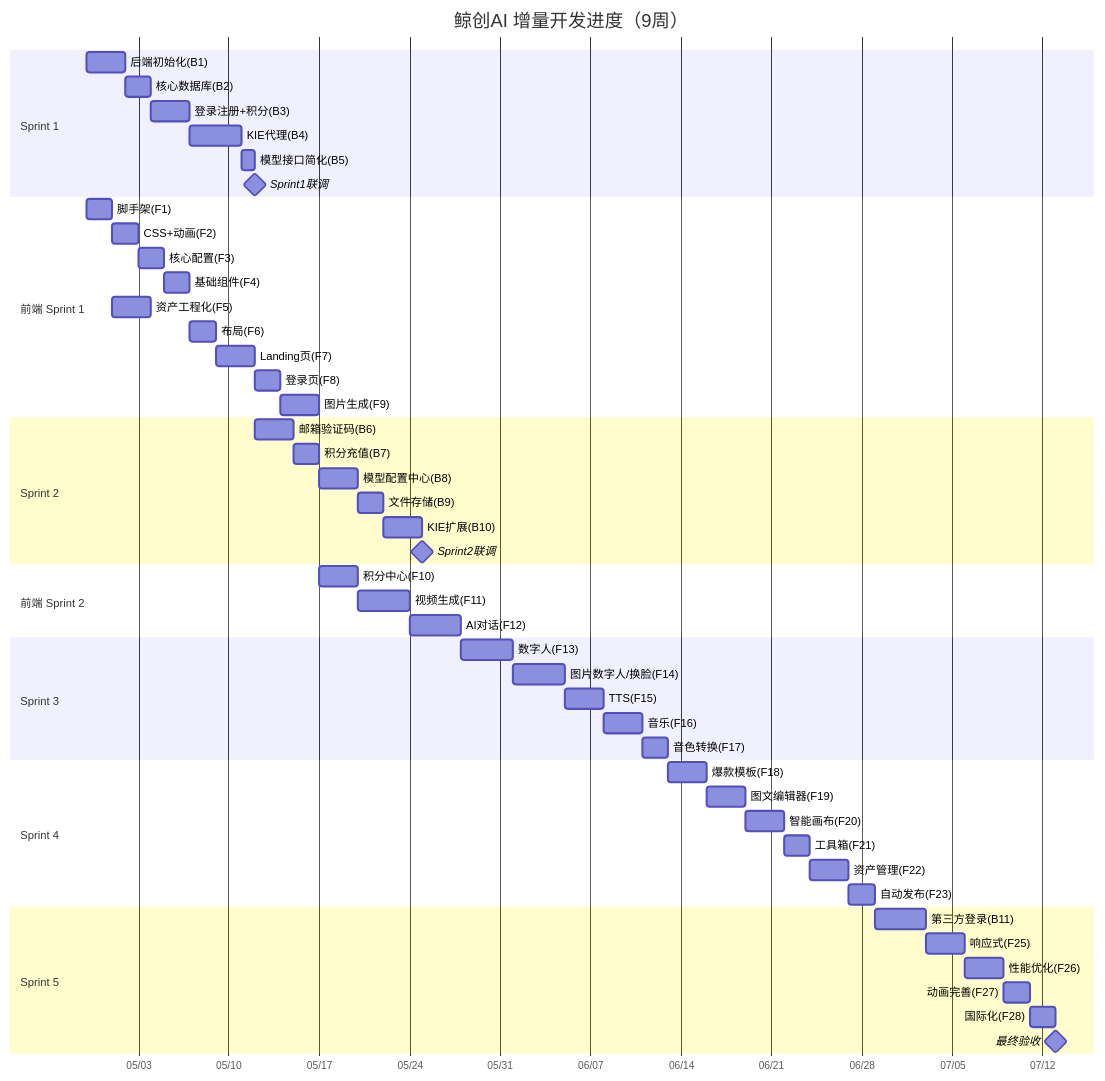
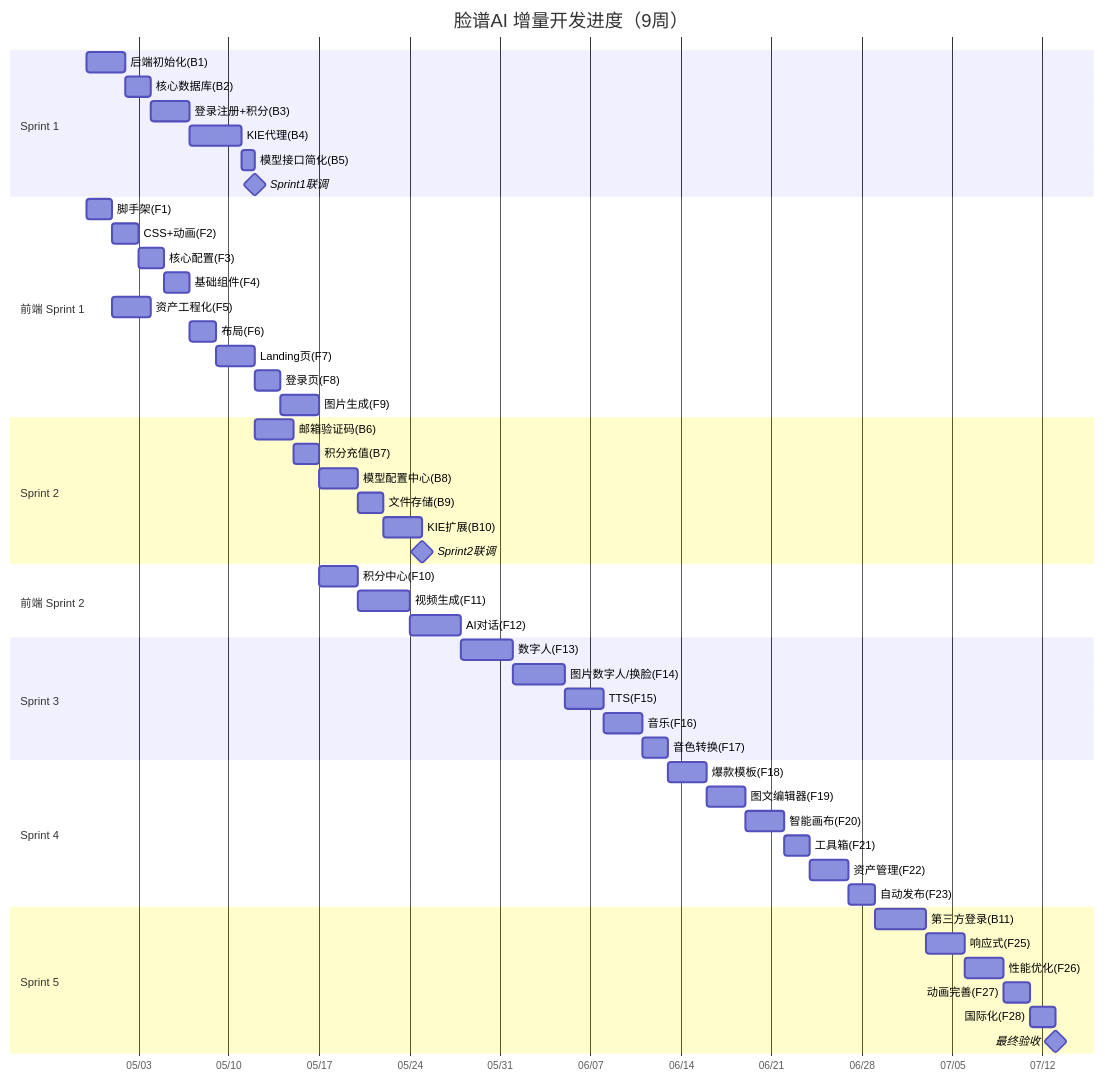
Before and after one commit to beyondband007-bot/jingchuangAI: the diagram in todo(2).md, drawn with Mermaid. The commit also changed other lines of this file and 19 other files, not shown here.

````diff
--- a/todo(2).md
+++ b/todo(2).md
@@ -614,61 +614,61 @@
 ```mermaid
 gantt
-    title 鲸创AI 增量开发进度（9周）
+    title 脸谱AI 增量开发进度（9周）
     dateFormat  YYYY-MM-DD
     axisFormat  %m/%d
 
     section Sprint 1
     后端初始化(B1)           :a1, 2026-04-29, 3d
     核心数据库(B2)           :a2, after a1, 2d
     登录注册+积分(B3)        :a3, after a2, 3d
     KIE代理(B4)              :a4, after a3, 4d
     模型接口简化(B5)         :a5, after a4, 1d
     Sprint1联调              :milestone, after a5, 0d
 
     section 前端 Sprint 1
     脚手架(F1)               :b1, 2026-04-29, 2d
     CSS+动画(F2)             :b2, after b1, 2d
     核心配置(F3)             :b3, after b2, 2d
     基础组件(F4)             :b4, after b3, 2d
     资产工程化(F5)           :b5, after b1, 3d
     布局(F6)                 :b6, after b4, 2d
     Landing页(F7)            :b7, after b6, 3d
     登录页(F8)               :b8, after b7, 2d
     图片生成(F9)             :b9, after b8, 3d
 
     section Sprint 2
     邮箱验证码(B6)           :c1, after a5, 3d
     积分充值(B7)             :c2, after c1, 2d
     模型配置中心(B8)         :c3, after c2, 3d
     文件存储(B9)             :c4, after c3, 2d
     KIE扩展(B10)             :c5, after c4, 3d
     Sprint2联调              :milestone, after c5, 0d
 
     section 前端 Sprint 2
     积分中心(F10)            :d1, after b9, 3d
     视频生成(F11)            :d2, after d1, 4d
     AI对话(F12)              :d3, after d2, 4d
 
     section Sprint 3
     数字人(F13)              :e1, after d3, 4d
     图片数字人/换脸(F14)     :e2, after e1, 4d
     TTS(F15)                 :e3, after e2, 3d
     音乐(F16)                :e4, after e3, 3d
     音色转换(F17)            :e5, after e4, 2d
 
     section Sprint 4
     爆款模板(F18)            :f1, after e5, 3d
     图文编辑器(F19)          :f2, after f1, 3d
     智能画布(F20)            :f3, after f2, 3d
     工具箱(F21)              :f4, after f3, 2d
     资产管理(F22)            :f5, after f4, 3d
     自动发布(F23)            :f6, after f5, 2d
 
     section Sprint 5
     第三方登录(B11)          :g1, after f6, 4d
     响应式(F25)              :g2, after g1, 3d
     性能优化(F26)            :g3, after g2, 3d
     动画完善(F27)            :g4, after g3, 2d
     国际化(F28)              :g5, after g4, 2d
     最终验收                 :milestone, after g5, 0d
 ```
````
